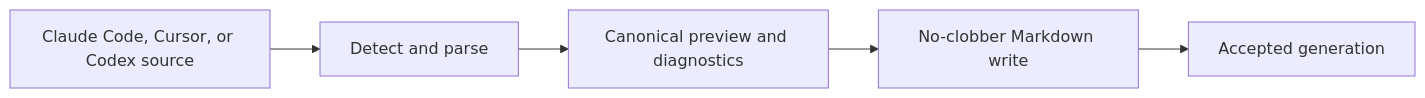
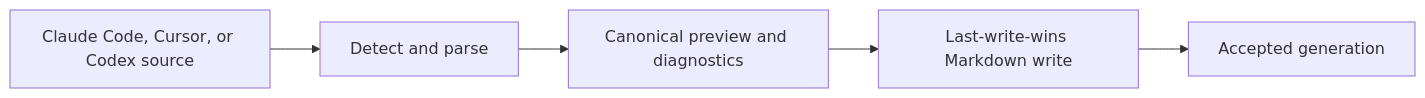
The first of 2 diagrams in spec/a13n-harness-ui/02-agent-composition-and-snapshots.md (LTThreeComma/agent-foundation), drawn with Mermaid before and after one commit. The commit also changed other lines of this file and 25 other files, not shown here.

First line of the commit message:
fix(harness-ui): use last-write-wins configuration saves (#277)

````diff
--- a/spec/a13n-harness-ui/02-agent-composition-and-snapshots.md
+++ b/spec/a13n-harness-ui/02-agent-composition-and-snapshots.md
@@ -241,10 +241,10 @@
 ```mermaid
 flowchart LR
     Source[Claude Code, Cursor, or Codex source]
     Detect[Detect and parse]
     Preview[Canonical preview and diagnostics]
-    Write[No-clobber Markdown write]
+    Write[Last-write-wins Markdown write]
     Reload[Accepted generation]
 
     Source --> Detect --> Preview --> Write --> Reload
 ```
````
